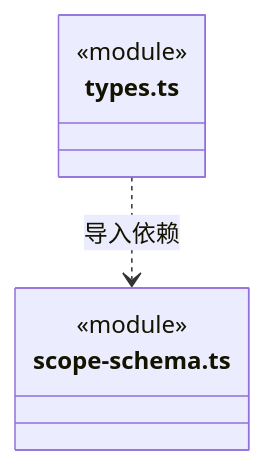
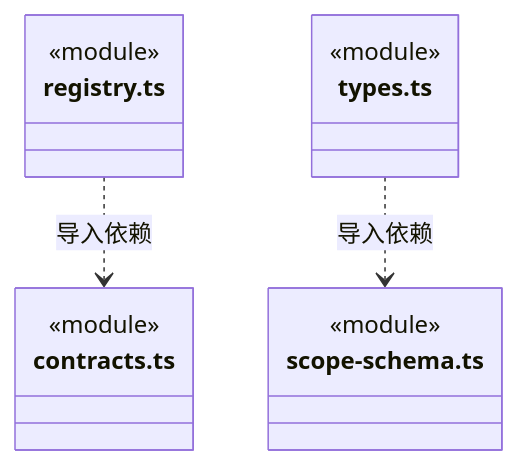
One commit to nan023062/cbim changed diagram 12 of 13 in src/backend/core/tools/ARCHITECTURE.md. Above: the diagram before and after it, drawn with Mermaid. The commit also changed other lines of this file and 35 other files, not shown here.

````diff
--- a/src/backend/core/tools/ARCHITECTURE.md
+++ b/src/backend/core/tools/ARCHITECTURE.md
@@ -264,10 +278,17 @@
 ```mermaid
 classDiagram
+class N_src_backend_core_tools_registry_ts["registry.ts"] {
+  <<module>>
+}
+class N_src_backend_core_tools_contracts_ts["contracts.ts"] {
+  <<module>>
+}
 class N_src_backend_core_tools_types_ts["types.ts"] {
   <<module>>
 }
 class N_src_backend_core_tools_scope_schema_ts["scope-schema.ts"] {
   <<module>>
 }
+N_src_backend_core_tools_registry_ts ..> N_src_backend_core_tools_contracts_ts : 导入依赖
 N_src_backend_core_tools_types_ts ..> N_src_backend_core_tools_scope_schema_ts : 导入依赖
 ```
````
